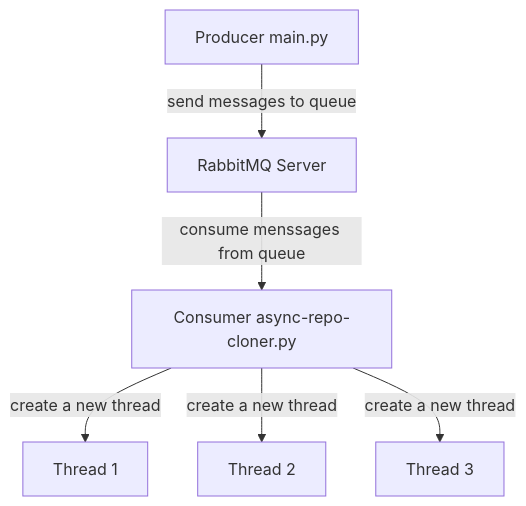
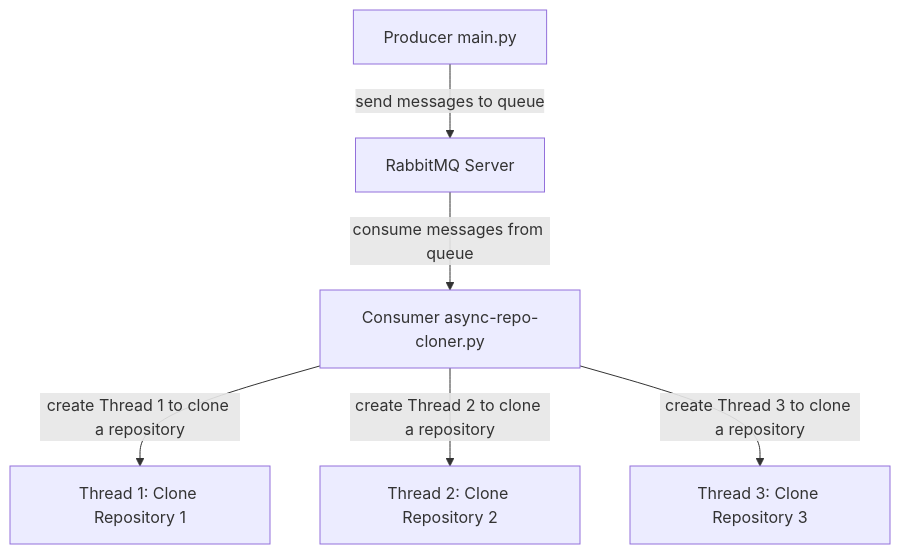
The diagram in README.md (gustavogk/async-repo-cloner), drawn with Mermaid before and after one commit.

````diff
--- a/README.md
+++ b/README.md
@@ -38,8 +38,8 @@
 ```mermaid
-  flowchart TB
+flowchart TB
     A[Producer main.py] -->|send messages to queue| B[RabbitMQ Server]
-    B --> |consume menssages from queue| C[Consumer async-repo-cloner.py]
-    C -->|create a new thread| D[Thread 1]
-    C -->|create a new thread| E[Thread 2]
-    C -->|create a new thread| F[Thread 3]
+    B --> |consume messages from queue| C[Consumer async-repo-cloner.py]
+    C -->|create Thread 1 to clone a repository | D[Thread 1: Clone Repository 1]
+    C -->|create Thread 2 to clone a repository | E[Thread 2: Clone Repository 2]
+    C -->|create Thread 3 to clone a repository | F[Thread 3: Clone Repository 3]
 ```
````
